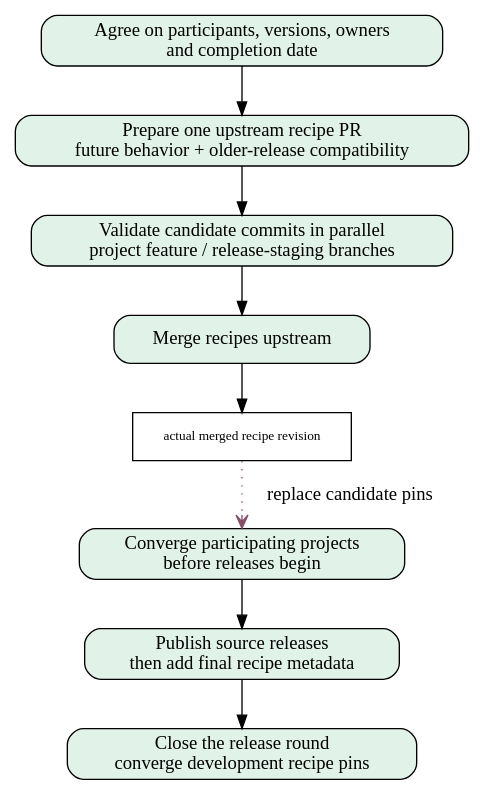
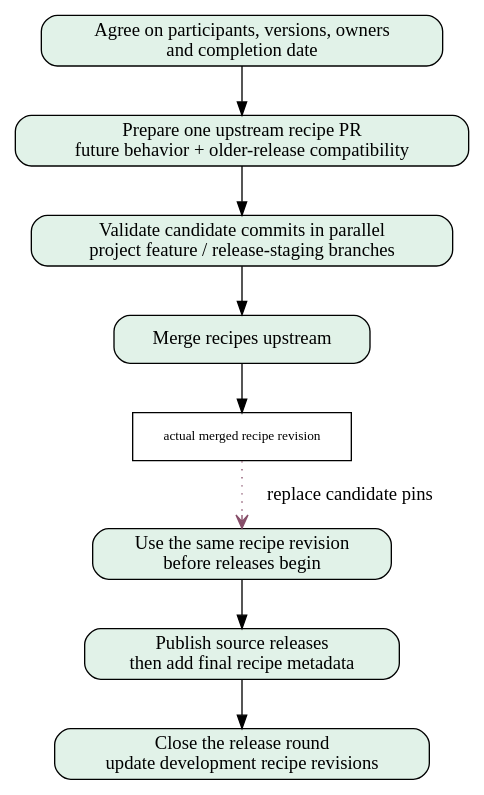
Before and after one commit to llnl/radiuss-spack-configs: the diagram in docs/sphinx/figures/release-coordination.dot, drawn with Graphviz. The commit also changed 18 other files, not shown here.

```diff
--- a/docs/sphinx/figures/release-coordination.dot
+++ b/docs/sphinx/figures/release-coordination.dot
@@ -1,16 +1,16 @@
 // SPDX-License-Identifier: MIT
 digraph release_coordination {
   rankdir=TB;
   agree [label="Agree on participants, versions, owners\nand completion date", shape=box, style="rounded,filled", fillcolor="#e1f2e8"];
   prepare [label="Prepare one upstream recipe PR\nfuture behavior + older-release compatibility", shape=box, style="rounded,filled", fillcolor="#e1f2e8"];
   validate [label="Validate candidate commits in parallel\nproject feature / release-staging branches", shape=box, style="rounded,filled", fillcolor="#e1f2e8"];
   merge [label="Merge recipes upstream", shape=box, style="rounded,filled", fillcolor="#e1f2e8"];
   pin [label="actual merged recipe revision", shape=box, fontsize=10, margin="0.08,0.04", fillcolor="#f7e4e4"];
-  converge [label="Converge participating projects\nbefore releases begin", shape=box, style="rounded,filled", fillcolor="#e1f2e8"];
+  converge [label="Use the same recipe revision\nbefore releases begin", shape=box, style="rounded,filled", fillcolor="#e1f2e8"];
   publish [label="Publish source releases\nthen add final recipe metadata", shape=box, style="rounded,filled", fillcolor="#e1f2e8"];
-  close [label="Close the release round\nconverge development recipe pins", shape=box, style="rounded,filled", fillcolor="#e1f2e8"];
+  close [label="Close the release round\nupdate development recipe revisions", shape=box, style="rounded,filled", fillcolor="#e1f2e8"];
   agree -> prepare -> validate -> merge;
   merge -> pin;
   pin -> converge [style=dotted, arrowhead=vee, color="#874e69", label="replace candidate pins"];
   converge -> publish -> close;
 }
```
